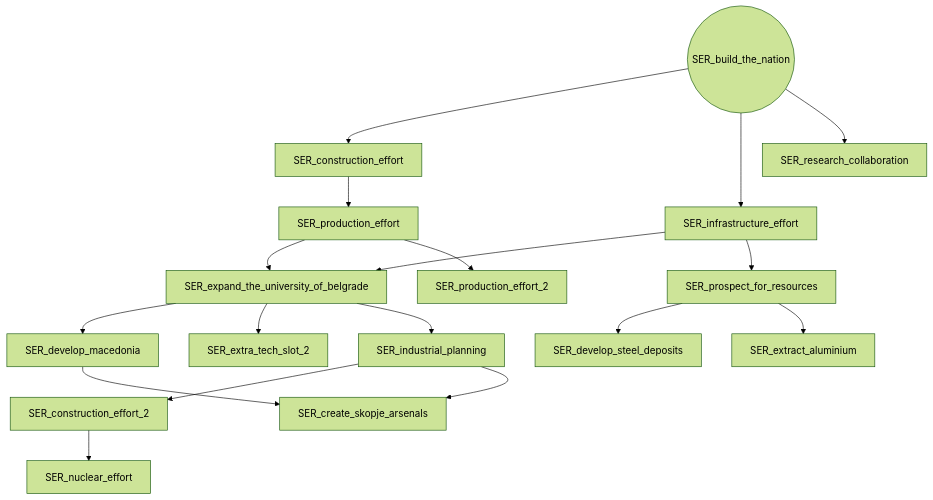
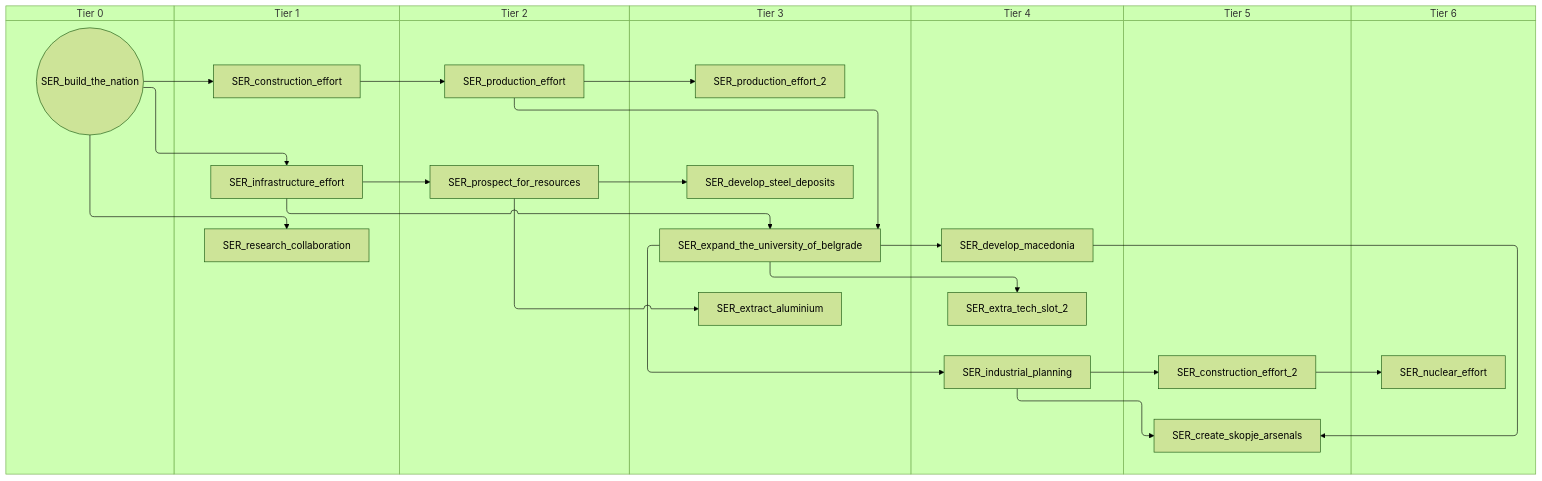
Before and after one commit to evgeny-sobol/hoi4-sandbox-mode-r56: the first of 3 diagrams in docs/gdd/National Focuses/r56/serbia.md, drawn with Mermaid (forest theme). The commit also changed other lines of this file and 423 other files, not shown here.

First line of the commit message:
Re-export Rt56 focus trees as swimlane diagrams

````diff
--- a/docs/gdd/National Focuses/r56/serbia.md
+++ b/docs/gdd/National Focuses/r56/serbia.md
@@ -3,36 +3,50 @@
 ```mermaid
-flowchart TD
-    n1(("SER_build_the_nation"))
-    n2["SER_construction_effort"]
-    n3["SER_construction_effort_2"]
-    n4["SER_create_skopje_arsenals"]
-    n5["SER_develop_macedonia"]
-    n6["SER_develop_steel_deposits"]
-    n7["SER_expand_the_university_of_belgrade"]
-    n8["SER_extra_tech_slot_2"]
-    n9["SER_extract_aluminium"]
-    n10["SER_industrial_planning"]
-    n11["SER_infrastructure_effort"]
-    n12["SER_nuclear_effort"]
-    n13["SER_production_effort"]
-    n14["SER_production_effort_2"]
-    n15["SER_prospect_for_resources"]
-    n16["SER_research_collaboration"]
+swimlane-beta TD
+    subgraph tier_0["Tier 0"]
+        n1(("SER_build_the_nation"))
+    end
+    subgraph tier_1["Tier 1"]
+        n2["SER_construction_effort"]
+        n3["SER_infrastructure_effort"]
+        n4["SER_research_collaboration"]
+    end
+    subgraph tier_2["Tier 2"]
+        n5["SER_production_effort"]
+        n6["SER_prospect_for_resources"]
+    end
+    subgraph tier_3["Tier 3"]
+        n7["SER_develop_steel_deposits"]
+        n8["SER_expand_the_university_of_belgrade"]
+        n9["SER_extract_aluminium"]
+        n10["SER_production_effort_2"]
+    end
+    subgraph tier_4["Tier 4"]
+        n11["SER_develop_macedonia"]
+        n12["SER_extra_tech_slot_2"]
+        n13["SER_industrial_planning"]
+    end
+    subgraph tier_5["Tier 5"]
+        n14["SER_construction_effort_2"]
+        n15["SER_create_skopje_arsenals"]
+    end
+    subgraph tier_6["Tier 6"]
+        n16["SER_nuclear_effort"]
+    end
     n1 --> n2
-    n10 --> n3
-    n5 --> n4
-    n10 --> n4
-    n7 --> n5
-    n15 --> n6
-    n11 --> n7
-    n13 --> n7
-    n7 --> n8
-    n15 --> n9
-    n7 --> n10
-    n1 --> n11
-    n3 --> n12
-    n2 --> n13
     n13 --> n14
     n11 --> n15
-    n1 --> n16
+    n13 --> n15
+    n8 --> n11
+    n6 --> n7
+    n3 --> n8
+    n5 --> n8
+    n8 --> n12
+    n6 --> n9
+    n8 --> n13
+    n1 --> n3
+    n14 --> n16
+    n2 --> n5
+    n5 --> n10
+    n3 --> n6
+    n1 --> n4
 ```
````
